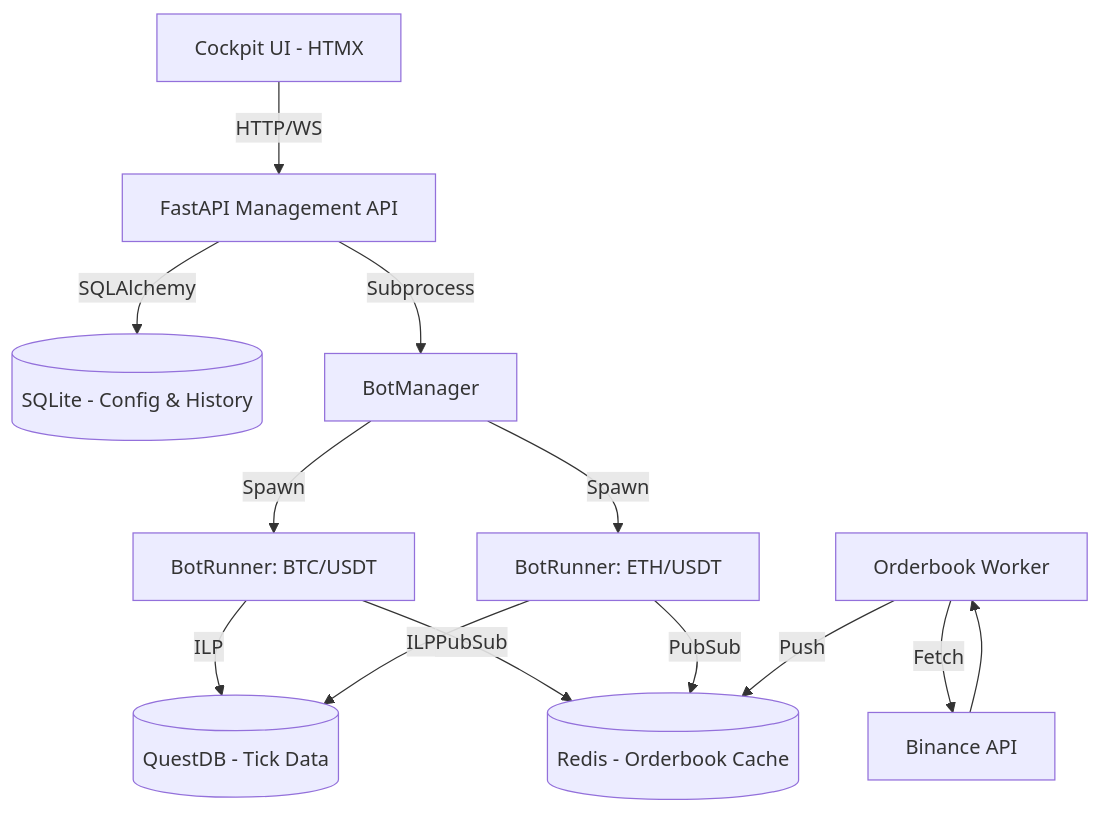
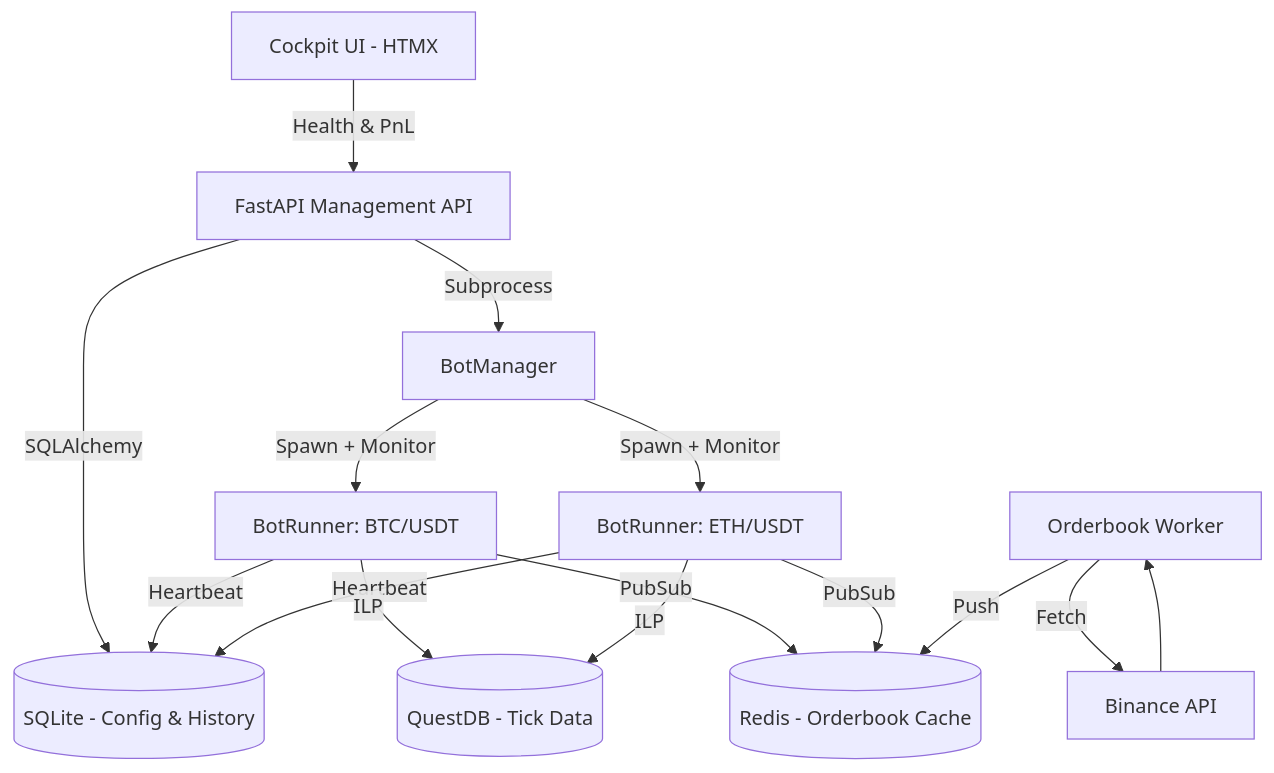
One commit to netfirms/nice-trading changed the diagram in docs/architecture/architecture-overview.md. Above: the diagram before and after it, drawn with Mermaid. The commit also changed other lines of this file and 24 other files, not shown here.

````diff
--- a/docs/architecture/architecture-overview.md
+++ b/docs/architecture/architecture-overview.md
@@ -10,13 +10,14 @@
 ```mermaid
 graph TD
-    A[Cockpit UI - HTMX] -->|HTTP/WS| B[FastAPI Management API]
+    A[Cockpit UI - HTMX] -->|Health & PnL| B[FastAPI Management API]
     B -->|SQLAlchemy| C[(SQLite - Config & History)]
     B -->|Subprocess| D[BotManager]
-    D -->|Spawn| E[BotRunner: BTC/USDT]
-    D -->|Spawn| F[BotRunner: ETH/USDT]
+    D -->|Spawn + Monitor| E[BotRunner: BTC/USDT]
+    D -->|Spawn + Monitor| F[BotRunner: ETH/USDT]
+    E & F -->|Heartbeat| C
     E & F -->|ILP| G[(QuestDB - Tick Data)]
     E & F -->|PubSub| H[(Redis - Orderbook Cache)]
     I[Orderbook Worker] -->|Fetch| J[Binance API]
     J --> I
     I -->|Push| H
 ```
````
